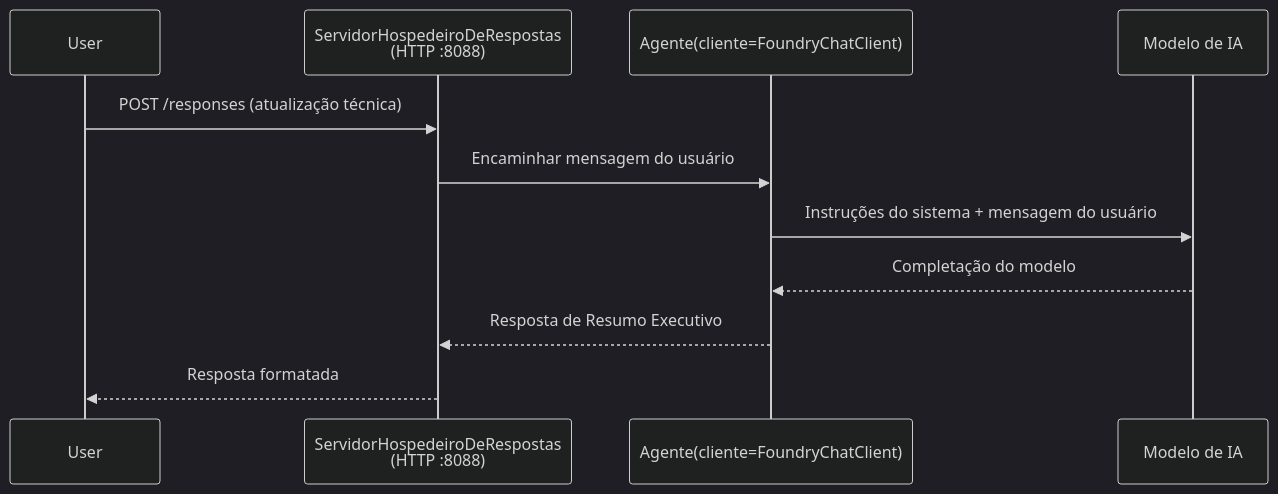
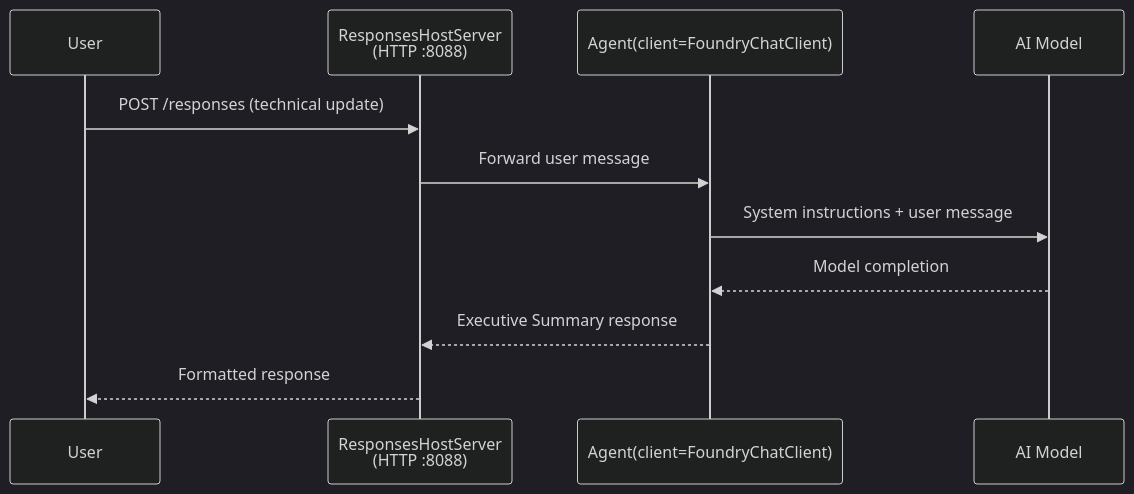
Before and after one commit to microsoft-foundry/Foundry_Toolkit_for_VSCode_Lab: the diagram in translations/pt-BR/workshop/lab01-single-agent/docs/03-configure-and-code.md, drawn with Mermaid (dark theme). The commit also changed other lines of this file and 65 other files, not shown here.

````diff
--- a/translations/pt-BR/workshop/lab01-single-agent/docs/03-configure-and-code.md
+++ b/translations/pt-BR/workshop/lab01-single-agent/docs/03-configure-and-code.md
@@ -11,14 +11,14 @@
 ```mermaid
 sequenceDiagram
     participant User
-    participant Server as ServidorHospedeiroDeRespostas<br/>(HTTP :8088)
-    participant Agent as Agente(cliente=FoundryChatClient)
-    participant Model as Modelo de IA
+    participant Server as ResponsesHostServer<br/>(HTTP :8088)
+    participant Agent as Agent(client=FoundryChatClient)
+    participant Model as AI Model
 
-    User->>Server: POST /responses (atualização técnica)
-    Server->>Agent: Encaminhar mensagem do usuário
-    Agent->>Model: Instruções do sistema + mensagem do usuário
-    Model-->>Agent: Completação do modelo
-    Agent-->>Server: Resposta de Resumo Executivo
-    Server-->>User: Resposta formatada
+    User->>Server: POST /responses (technical update)
+    Server->>Agent: Forward user message
+    Agent->>Model: System instructions + user message
+    Model-->>Agent: Model completion
+    Agent-->>Server: Executive Summary response
+    Server-->>User: Formatted response
 ```
````
